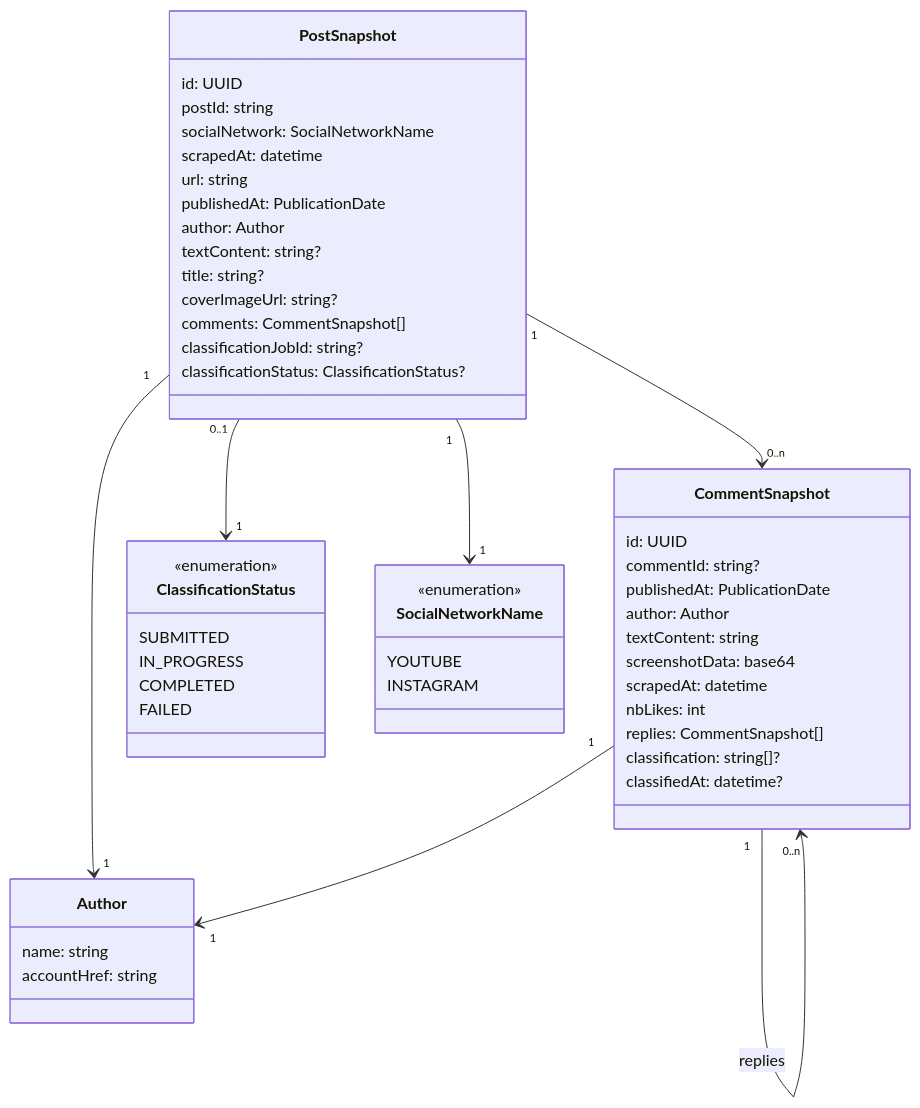
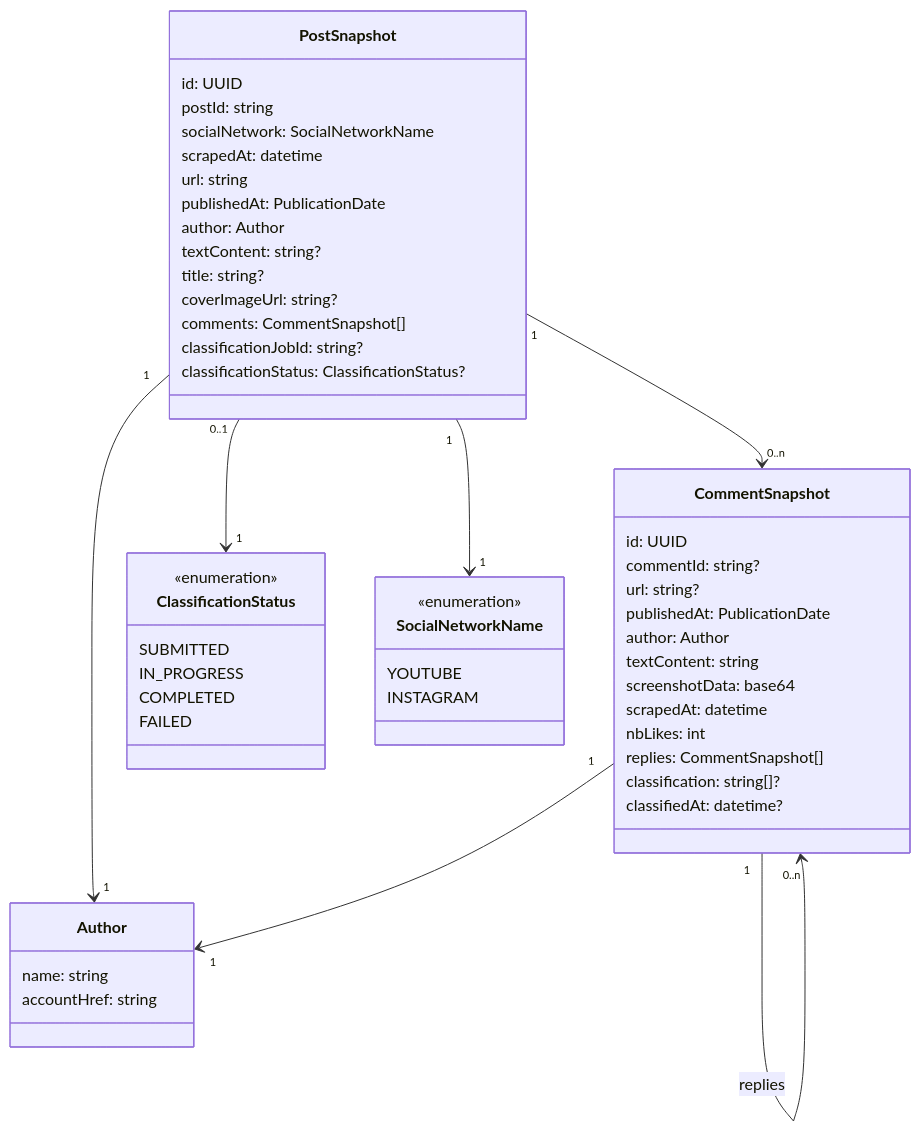
The diagram in docs/frontend/model.md (dataforgoodfr/14_BalanceTesHaters), drawn with Mermaid before and after one commit. The commit also changed 3 other files, not shown here.

````diff
--- a/docs/frontend/model.md
+++ b/docs/frontend/model.md
@@ -5,68 +5,69 @@
 ```mermaid
 classDiagram
     class PostSnapshot {
         id: UUID
 
         postId: string
         socialNetwork: SocialNetworkName
         scrapedAt: datetime
 
         url: string
         publishedAt: PublicationDate
         author: Author
         textContent: string?
         title: string?
         coverImageUrl: string?
         comments: CommentSnapshot[]
 
         classificationJobId: string?
         classificationStatus: ClassificationStatus?
     }
 
 
     class CommentSnapshot {
         id: UUID
         commentId: string?
+        url: string?
 
         publishedAt: PublicationDate
         author: Author
 
         textContent: string
         screenshotData: base64
         scrapedAt: datetime
         nbLikes: int
         replies: CommentSnapshot[]
 
         classification: string[]?
         classifiedAt: datetime?
     }
 
 
     class Author {
         name: string
         accountHref: string
     }
 
     class ClassificationStatus {
         <<enumeration>>
         SUBMITTED
         IN_PROGRESS
         COMPLETED
         FAILED
     }
 
     class SocialNetworkName {
         <<enumeration>>
         YOUTUBE
         INSTAGRAM
     }
 
 
 
     PostSnapshot "1" --> "1" Author
     PostSnapshot "1" --> "1" SocialNetworkName
     PostSnapshot "1" --> "0..n" CommentSnapshot
     PostSnapshot "0..1" --> "1" ClassificationStatus
     CommentSnapshot "1" --> "1" Author
     CommentSnapshot "1" --> "0..n" CommentSnapshot : replies
 ```
````
